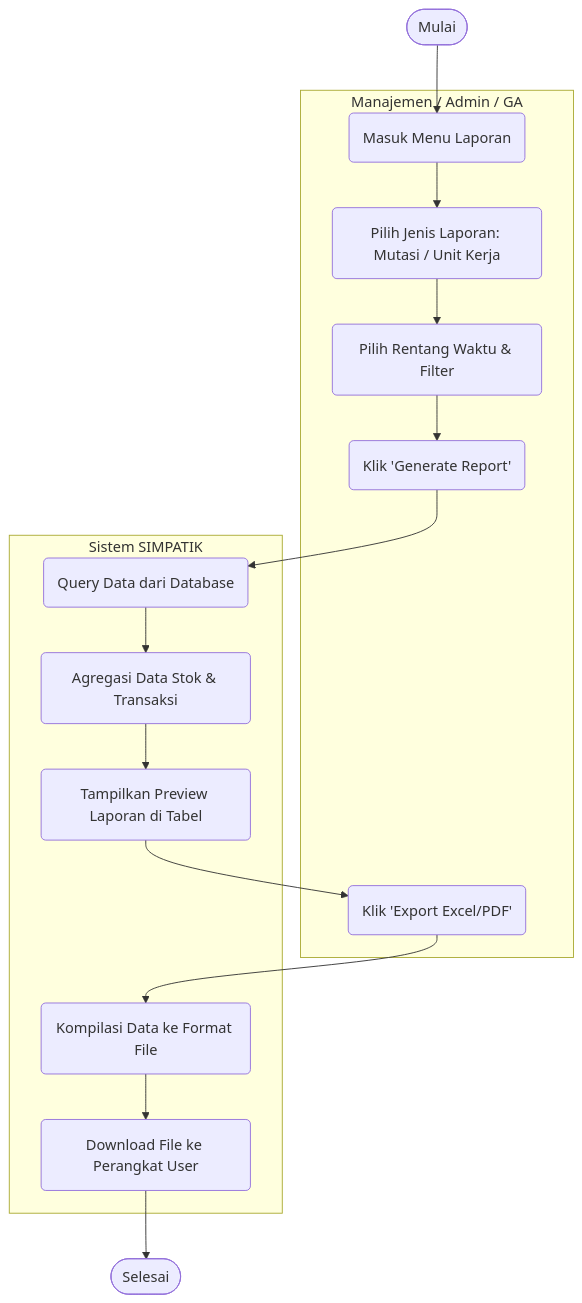
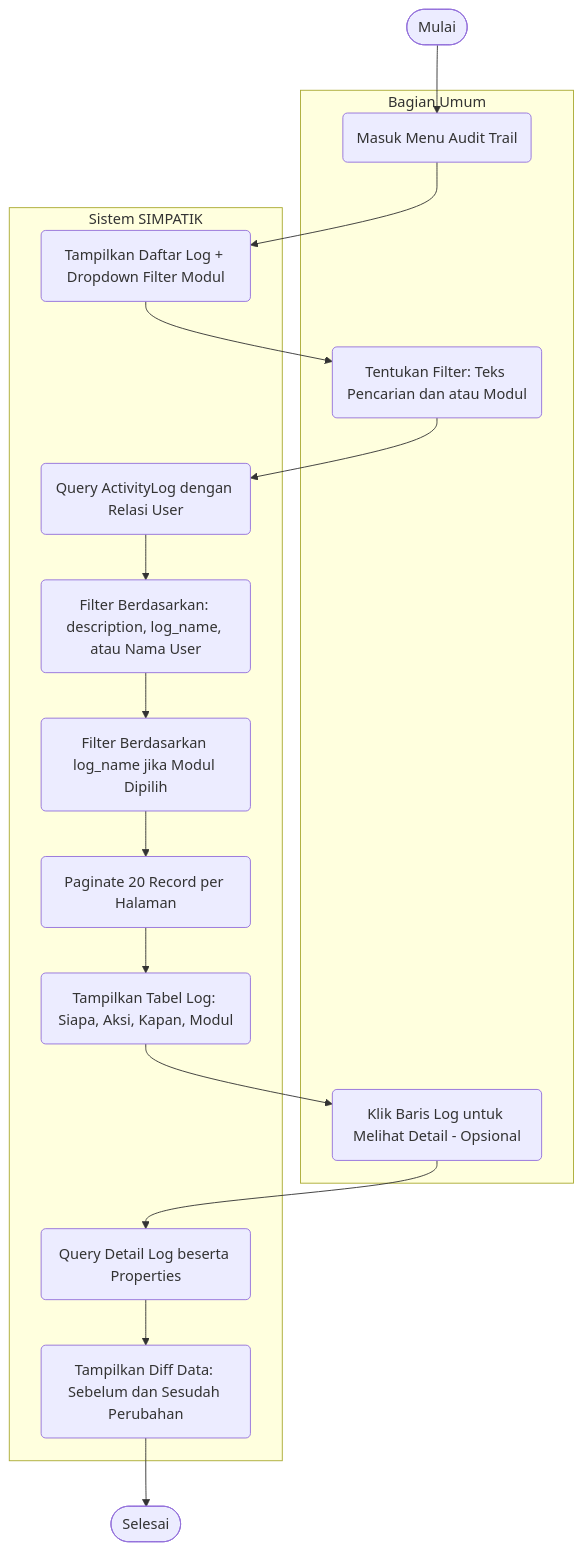
Before and after one commit to wahyu2021/SIMPATIK: the fifth of 14 diagrams in laporan_activity_diagram.md, drawn with Mermaid. The commit also changed other lines of this file and 5 other files, not shown here.

````diff
--- a/laporan_activity_diagram.md
+++ b/laporan_activity_diagram.md
@@ -218,33 +262,35 @@
 ```mermaid
 flowchart TD
     Start([Mulai])
     End([Selesai])
 
-    subgraph User [Manajemen / Admin / GA]
-        A(Masuk Menu Laporan)
-        B(Pilih Jenis Laporan: Mutasi / Unit Kerja)
-        C(Pilih Rentang Waktu & Filter)
-        D(Klik 'Generate Report')
-        H(Klik 'Export Excel/PDF')
+    subgraph BagianUmum [Bagian Umum]
+        A(Masuk Menu Audit Trail)
+        B(Tentukan Filter: Teks Pencarian dan atau Modul)
+        C(Klik Baris Log untuk Melihat Detail - Opsional)
     end
 
     subgraph Sistem [Sistem SIMPATIK]
-        E(Query Data dari Database)
-        F(Agregasi Data Stok & Transaksi)
-        G(Tampilkan Preview Laporan di Tabel)
-        I(Kompilasi Data ke Format File)
-        J(Download File ke Perangkat User)
+        D(Tampilkan Daftar Log + Dropdown Filter Modul)
+        E(Query ActivityLog dengan Relasi User)
+        F(Filter Berdasarkan: description, log_name, atau Nama User)
+        G(Filter Berdasarkan log_name jika Modul Dipilih)
+        H(Paginate 20 Record per Halaman)
+        I(Tampilkan Tabel Log: Siapa, Aksi, Kapan, Modul)
+        J(Query Detail Log beserta Properties)
+        K(Tampilkan Diff Data: Sebelum dan Sesudah Perubahan)
     end
 
     Start --> A
-    A --> B
-    B --> C
-    C --> D
-    D --> E
+    A --> D
+    D --> B
+    B --> E
     E --> F
     F --> G
     G --> H
     H --> I
-    I --> J
-    J --> End
+    I --> C
+    C --> J
+    J --> K
+    K --> End
 ```
````
